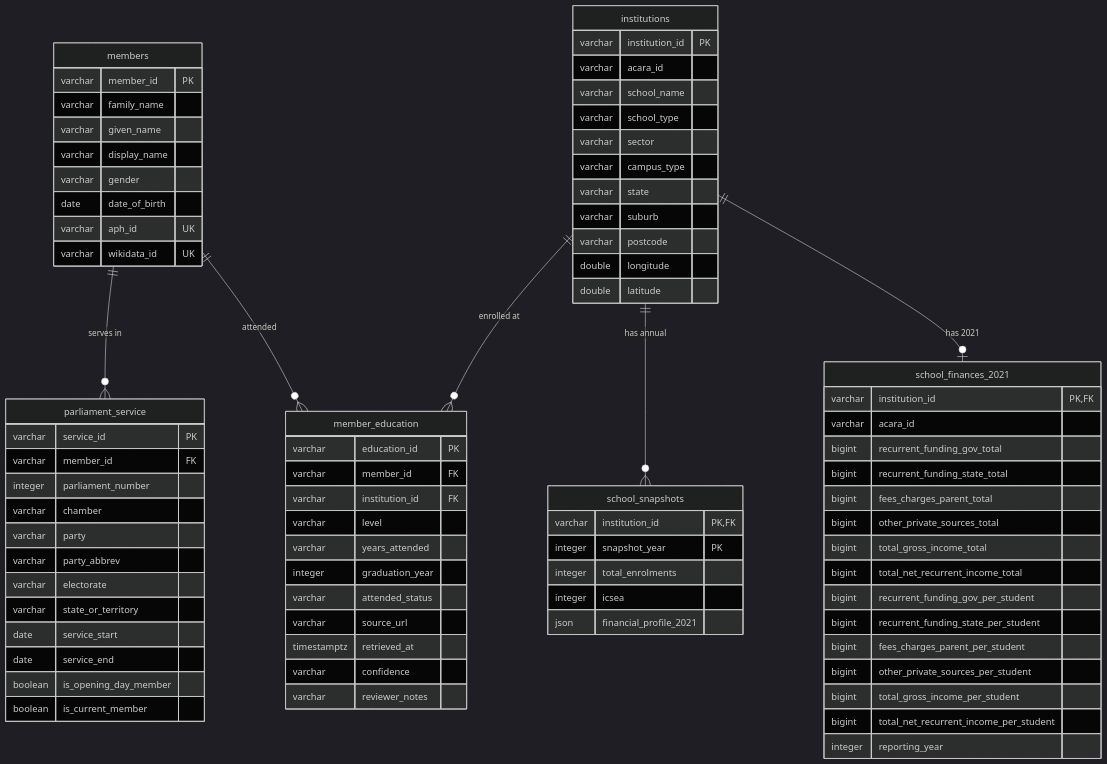
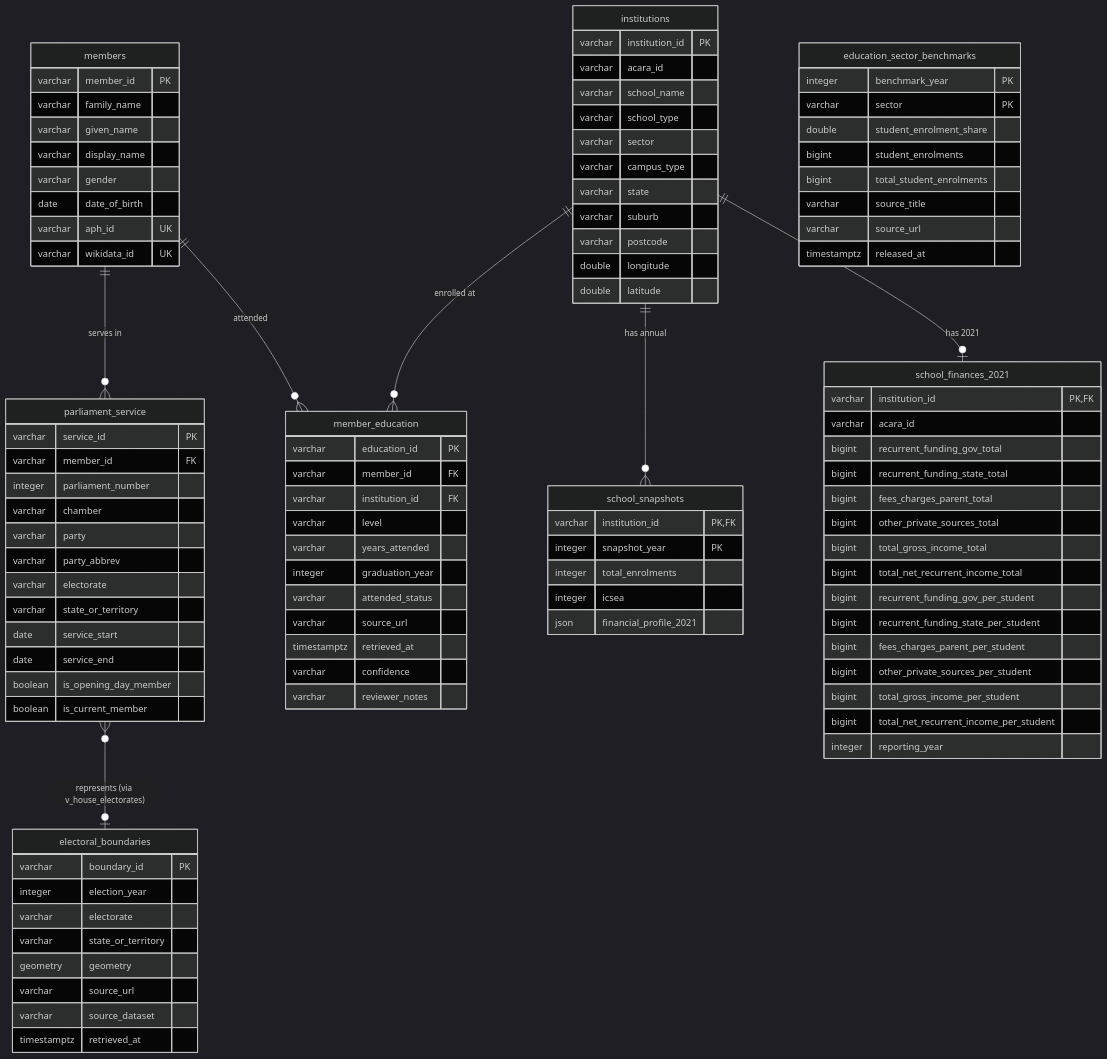
The diagram in docs/data-model.md (Mappboy/apemap), drawn with Mermaid (dark theme) before and after one commit. The commit also changed other lines of this file and 2 other files, not shown here.

Commit message:
docs: document AEC 2025 and ABS Schools 2025 data provenance, schema, and API examples

```diff
--- a/docs/data-model.md
+++ b/docs/data-model.md
@@ -13,6 +13,30 @@
     institutions ||--o{ member_education : "enrolled at"
     institutions ||--o{ school_snapshots : "has annual"
     institutions ||--o| school_finances_2021 : "has 2021"
+    parliament_service }o--o| electoral_boundaries : "represents (via v_house_electorates)"
+
+    electoral_boundaries {
+        varchar boundary_id PK
+        integer election_year
+        varchar electorate
+        varchar state_or_territory
+        geometry geometry
+        varchar source_url
+        varchar source_dataset
+        timestamptz retrieved_at
+    }
+
+    education_sector_benchmarks {
+        integer benchmark_year PK
+        varchar sector PK
+        double student_enrolment_share
+        bigint student_enrolments
+        bigint total_student_enrolments
+        varchar source_title
+        varchar source_url
+        timestamptz released_at
+    }
+
 
     members {
         varchar member_id PK
```
